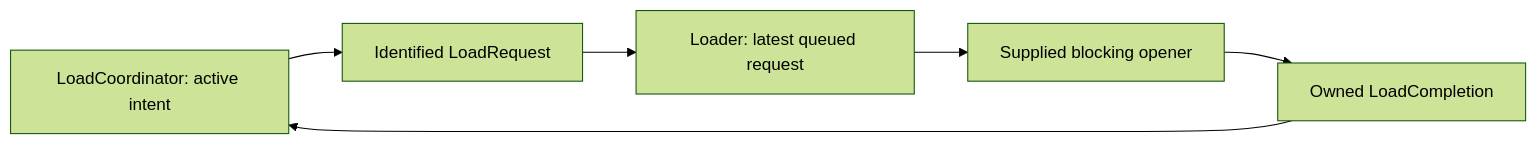
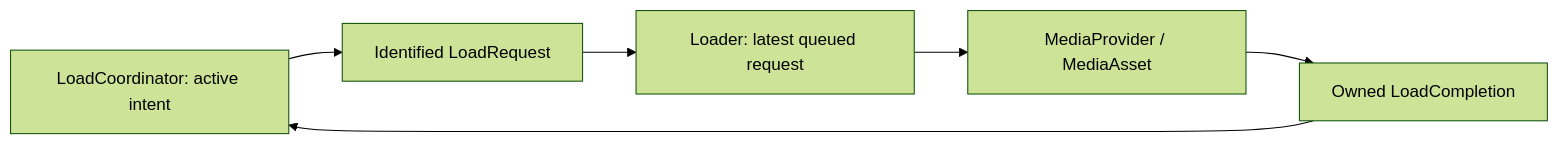
The diagram in src/core/playback/private/loading/README.md (Vokerlee/wiola-player), drawn with Mermaid (forest theme) before and after one commit. The commit also changed other lines of this file and 5 other files, not shown here.

````diff
--- a/src/core/playback/private/loading/README.md
+++ b/src/core/playback/private/loading/README.md
@@ -5,8 +5,8 @@
 ```mermaid
 flowchart LR
     Intent[LoadCoordinator: active intent] --> Request[Identified LoadRequest]
     Request --> Loader[Loader: latest queued request]
-    Loader --> Open[Supplied blocking opener]
+    Loader --> Open[MediaProvider / MediaAsset]
     Open --> Completion[Owned LoadCompletion]
     Completion --> Intent
 ```
````
